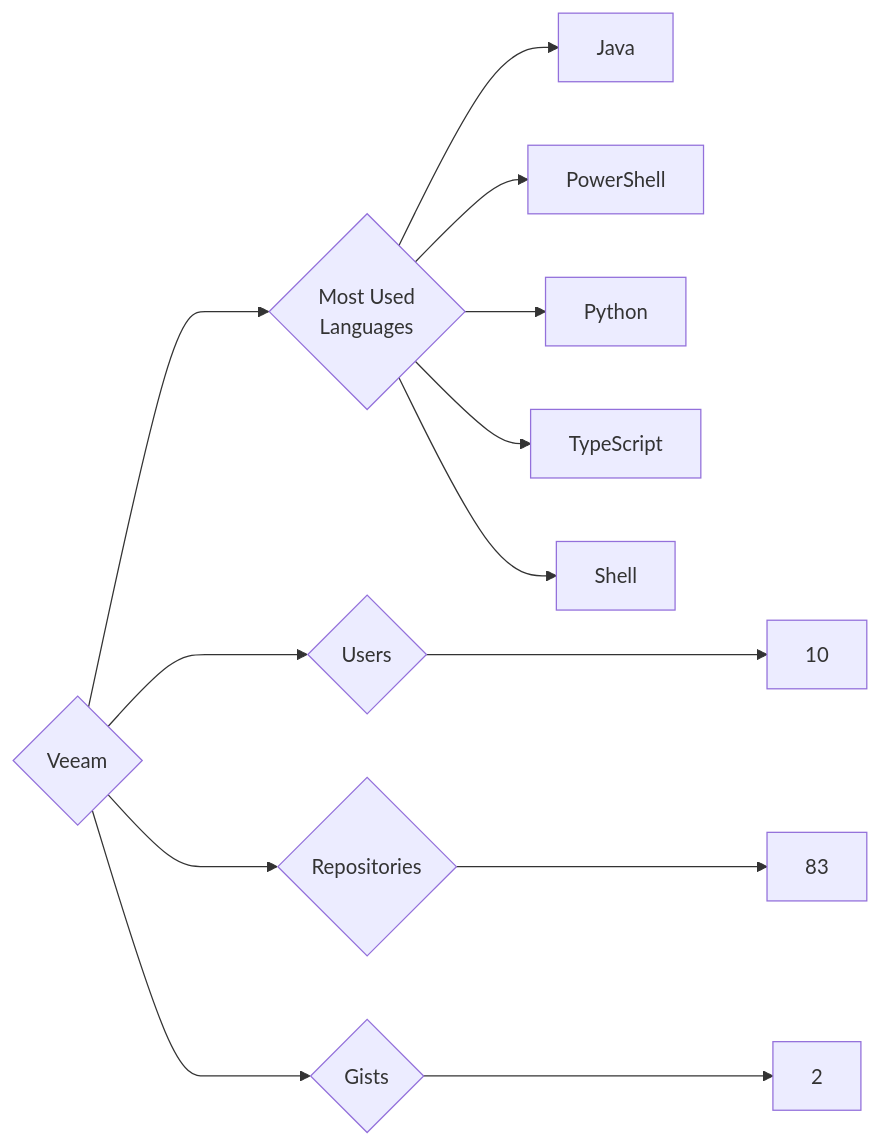
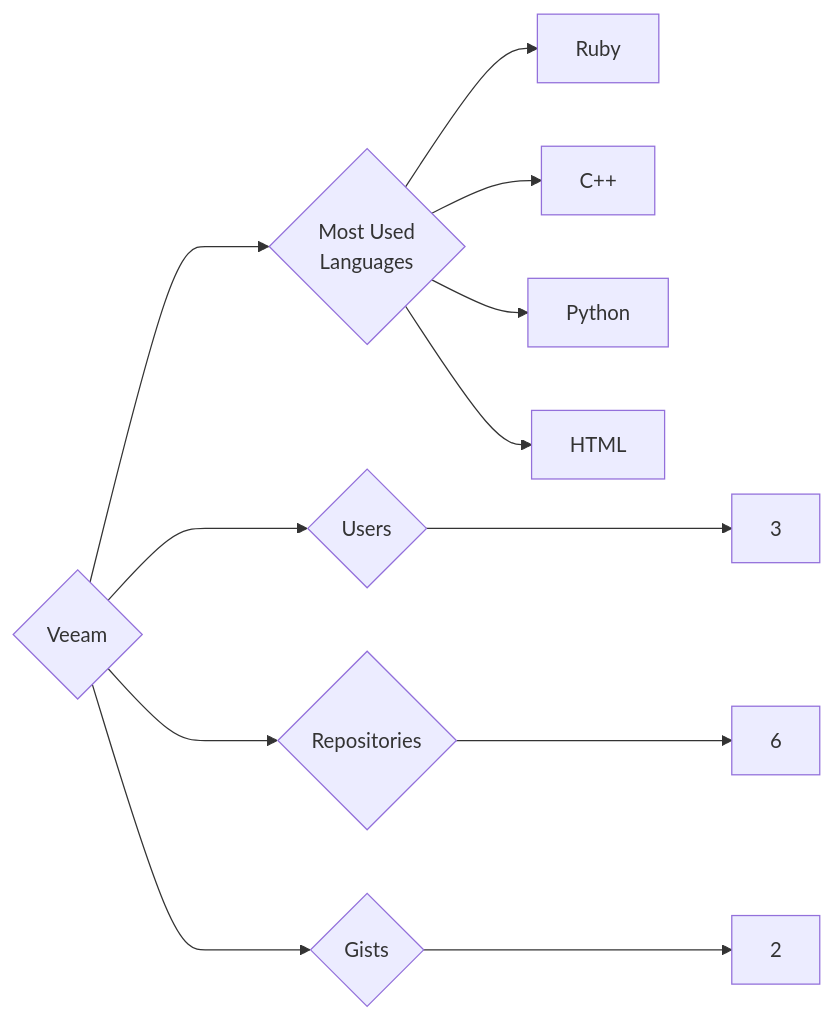
Before and after one commit to trickest/insiders: the diagram in targets/Veeam/README.md, drawn with Mermaid. The commit also changed 725 other files, not shown here.

````diff
--- a/targets/Veeam/README.md
+++ b/targets/Veeam/README.md
@@ -3,13 +3,12 @@
 ```mermaid
 graph LR
 COMPANY_NAME{Veeam}
-COMPANY_NAME ---> U{Users} ---> UN[10]
-COMPANY_NAME ---> R{Repositories} ---> RN[83]
+COMPANY_NAME ---> U{Users} ---> UN[3]
+COMPANY_NAME ---> R{Repositories} ---> RN[6]
 COMPANY_NAME ---> G{Gists} ---> GN[2]
 COMPANY_NAME ---> ML{Most Used<br>Languages}
-ML --> Java[Java]
-ML --> PowerShell[PowerShell]
+ML --> Ruby[Ruby]
+ML --> C++[C++]
 ML --> Python[Python]
-ML --> TypeScript[TypeScript]
-ML --> Shell[Shell]
+ML --> HTML[HTML]
 ```
````
